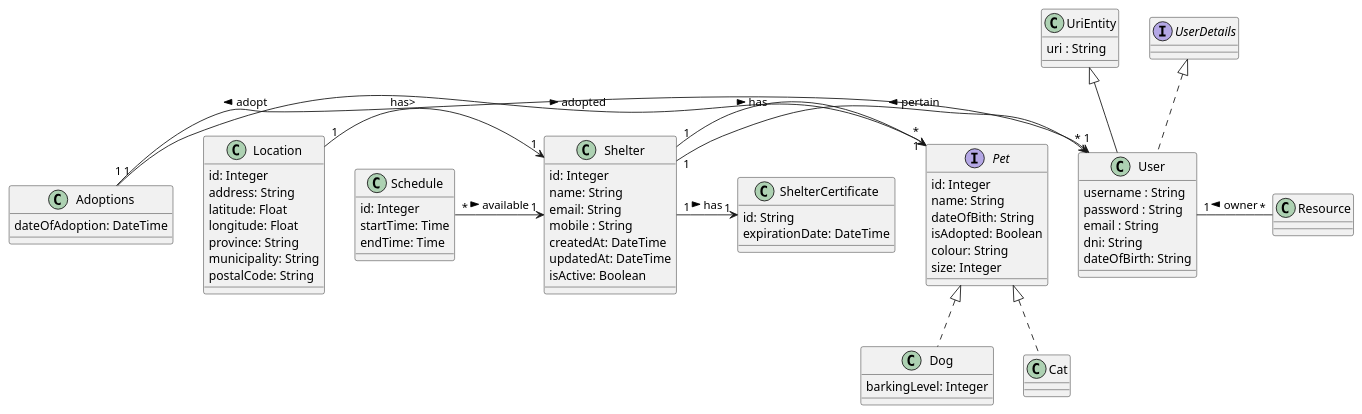
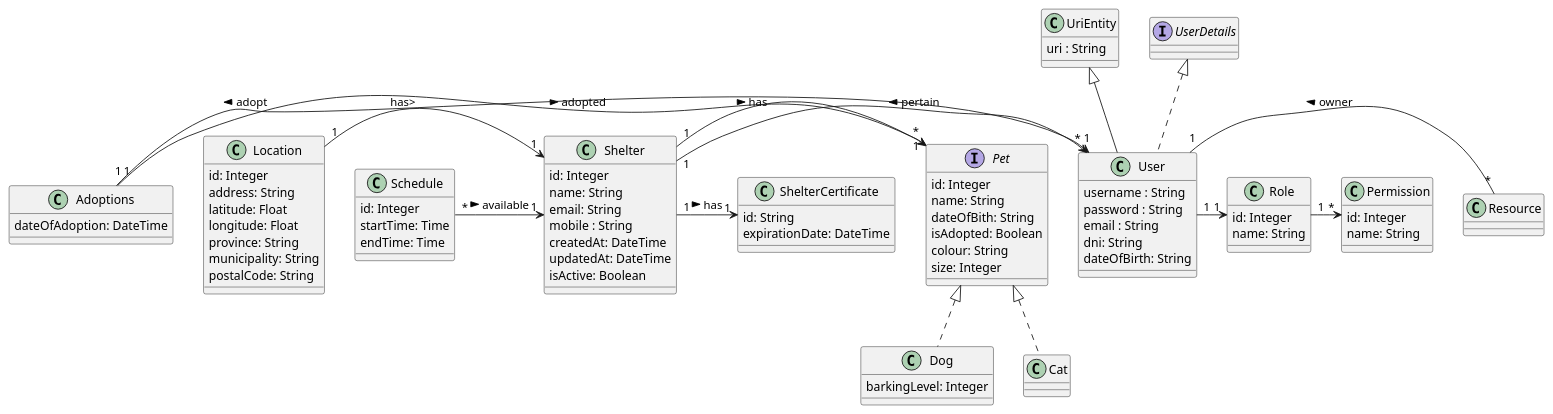
Before and after one commit to UdL-EPS-SoftArch/mypets-geiade-api: the diagram in EntitiesModel.puml, drawn with PlantUML.

Commit message:
Role and Permission creation

```diff
--- a/EntitiesModel.puml
+++ b/EntitiesModel.puml
@@ -1,75 +1,89 @@
 @startuml
 class User extends UriEntity implements UserDetails {
   username : String
   password : String
   email : String
   dni: String
   dateOfBirth: String
 }
 
 
 class UriEntity {
   uri : String
 }
 interface Pet{
   id: Integer
   name: String
   dateOfBith: String
   isAdopted: Boolean
   colour: String
   size: Integer
 }
 class Dog implements Pet {
     barkingLevel: Integer
 }
 
 class Cat implements Pet {
 
 }
 
 class Shelter {
   id: Integer
   name: String
   email: String
   mobile : String
   createdAt: DateTime
   updatedAt: DateTime
   isActive: Boolean
 }
 
 class Location {
  id: Integer
  address: String
  latitude: Float
  longitude: Float
  province: String
  municipality: String
  postalCode: String
 }
 
 class ShelterCertificate {
   id: String
   expirationDate: DateTime
 }
 
 class Schedule {
     id: Integer
     startTime: Time
     endTime: Time
 }
 
 class Adoptions {
     dateOfAdoption: DateTime
 }
 
+class Role {
+    id: Integer
+    name: String
+}
+
+class Permission {
+    id: Integer
+    name: String
+}
+
 
 User "1" --right-- "*" Resource : owner <
 Location "1" -> "1" Shelter : has>
 Shelter "1" -> "*" User : < pertain
 Shelter "1" -> "*" Pet : has >
 Shelter "1" -> "1" ShelterCertificate : has >
 Schedule "*" -> "1" Shelter :available >
 
 Adoptions "1" -> "1" Pet :adopted >
 Adoptions "1" -> "1" User :adopt <
+
+User "1" -> "1" Role
+Role "1" -> "*" Permission
+
 @enduml
```
